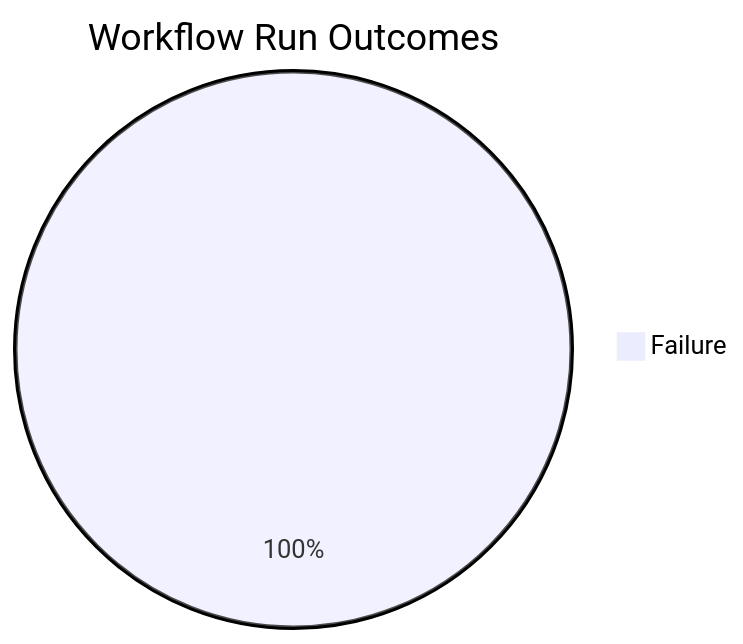
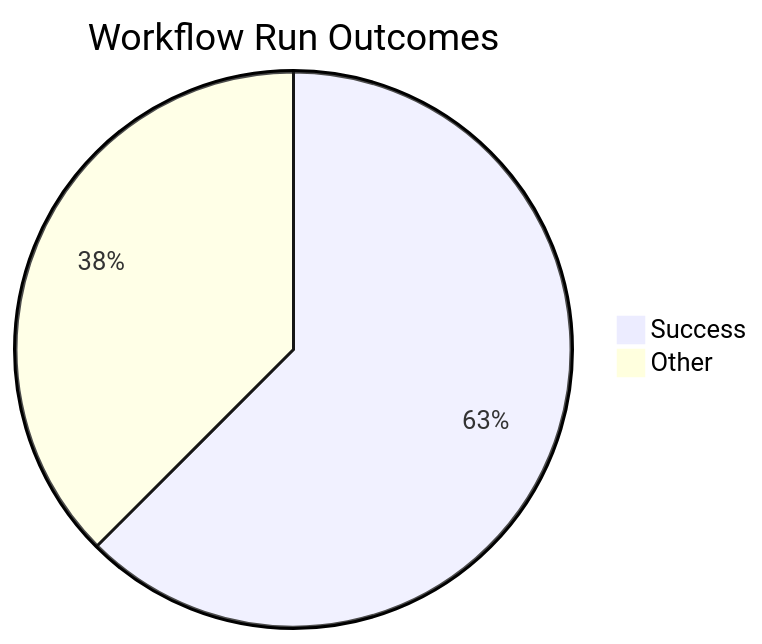
The first of 4 diagrams in docs/ci-cd/dora-summary.md (ukma-cs-ssdm-2025/rate-ukma), drawn with Mermaid before and after one commit. The commit also changed other lines of this file, not shown here.

````diff
--- a/docs/ci-cd/dora-summary.md
+++ b/docs/ci-cd/dora-summary.md
@@ -22,4 +22,5 @@
 ```mermaid
 pie title Workflow Run Outcomes
-    "Failure" : 2
+    "Success" : 5
+    "Other" : 3
 ```
````
